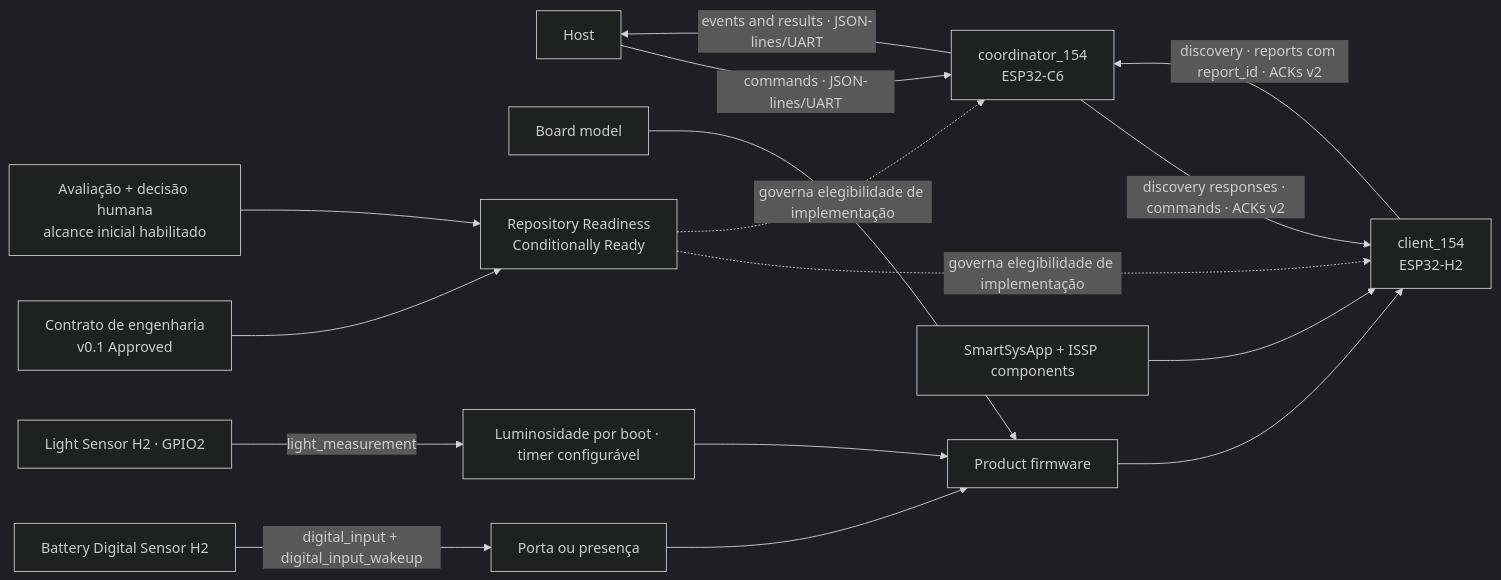
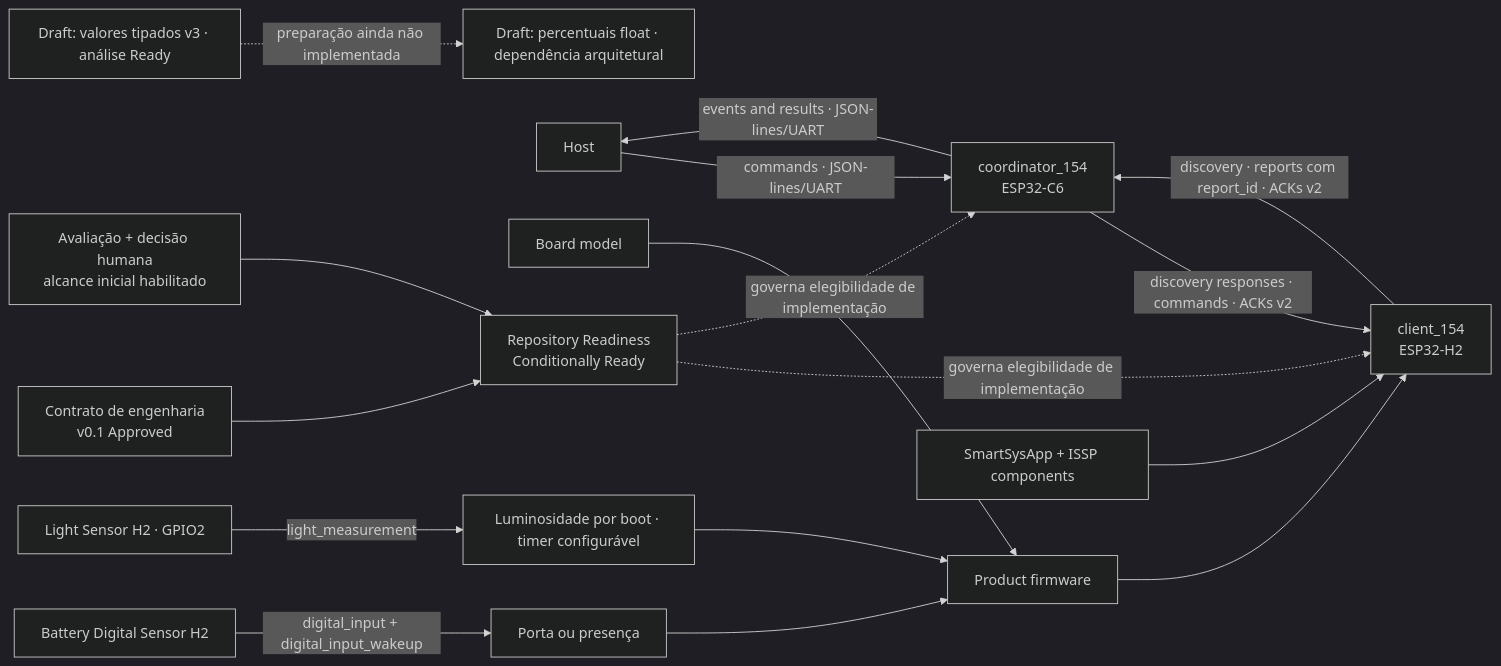
Before and after one commit to iotsmartsys/IoTSmartLink15.4: the diagram in docs/rfc/KNOWLEDGE-MAP.md, drawn with Mermaid (dark theme). The commit also changed other lines of this file and 8 other files, not shown here.

````diff
--- a/docs/rfc/KNOWLEDGE-MAP.md
+++ b/docs/rfc/KNOWLEDGE-MAP.md
@@ -108,18 +112,19 @@
 ```mermaid
 flowchart LR
+    TypedDraft["Draft: valores tipados v3 · análise Ready"] -.->|"preparação ainda não implementada"| FractionDraft["Draft: percentuais float · dependência arquitetural"]
     Host["Host"] -->|"commands · JSON-lines/UART"| Coordinator["coordinator_154<br/>ESP32-C6"]
     Coordinator -->|"events and results · JSON-lines/UART"| Host
     Coordinator -->|"discovery responses · commands · ACKs v2"| Client["client_154<br/>ESP32-H2"]
     Client -->|"discovery · reports com report_id · ACKs v2"| Coordinator
     Product["Product firmware"] --> Client
     Board["Board model"] --> Product
     DigitalBoard["Battery Digital Sensor H2"] -->|"digital_input + digital_input_wakeup"| BatteryProducts["Porta ou presença"]
     BatteryProducts --> Product
     LightBoard["Light Sensor H2 · GPIO2"] -->|"light_measurement"| LightProduct["Luminosidade por boot · timer configurável"]
     LightProduct --> Product
     Shared["SmartSysApp + ISSP components"] --> Client
     Contract["Contrato de engenharia<br/>v0.1 Approved"] --> Qualification["Repository Readiness<br/>Conditionally Ready"]
     Assessment["Avaliação + decisão humana<br/>alcance inicial habilitado"] --> Qualification
     Qualification -.->|"governa elegibilidade de implementação"| Client
     Qualification -.->|"governa elegibilidade de implementação"| Coordinator
 ```
````
